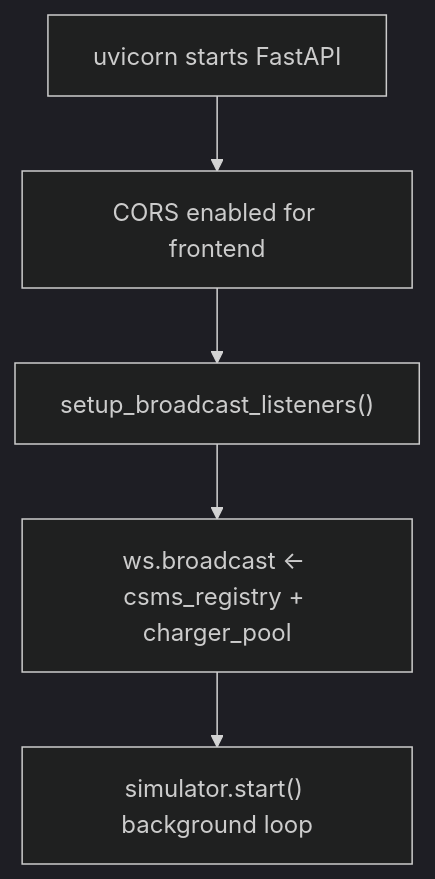
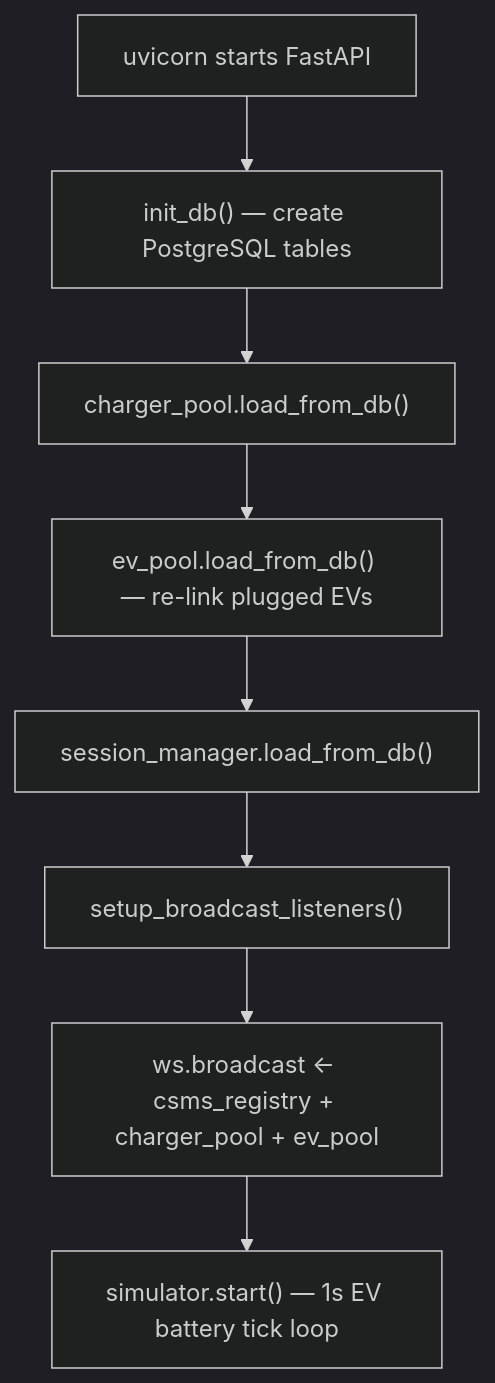
The second of 11 diagrams in README.md (Shriyansh2004/EV-SIM-backend), drawn with Mermaid (dark theme) before and after one commit. The commit also changed other lines of this file, not shown here.

Commit message:
Update the README.md file after adding EV Simulator in the backend and frontend

````diff
--- a/README.md
+++ b/README.md
@@ -270,7 +357,10 @@
 ```mermaid
 flowchart TD
-    A["uvicorn starts FastAPI"] --> B["CORS enabled for frontend"]
-    B --> C["setup_broadcast_listeners()"]
-    C --> D["ws.broadcast ← csms_registry + charger_pool"]
-    D --> E["simulator.start() background loop"]
+    A["uvicorn starts FastAPI"] --> B["init_db() — create PostgreSQL tables"]
+    B --> C["charger_pool.load_from_db()"]
+    C --> D["ev_pool.load_from_db() — re-link plugged EVs"]
+    D --> E["session_manager.load_from_db()"]
+    E --> F["setup_broadcast_listeners()"]
+    F --> G["ws.broadcast ← csms_registry + charger_pool + ev_pool"]
+    G --> H["simulator.start() — 1s EV battery tick loop"]
 ```
````
